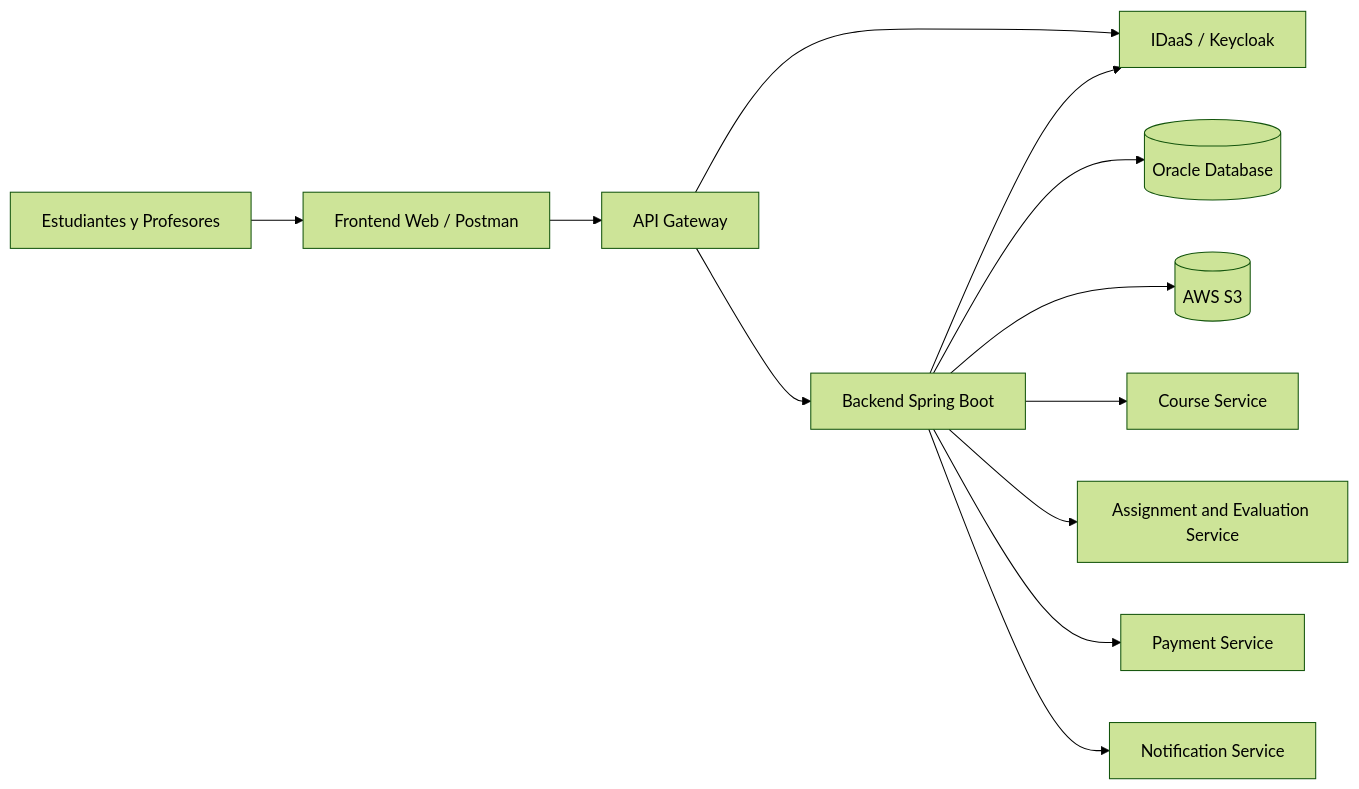
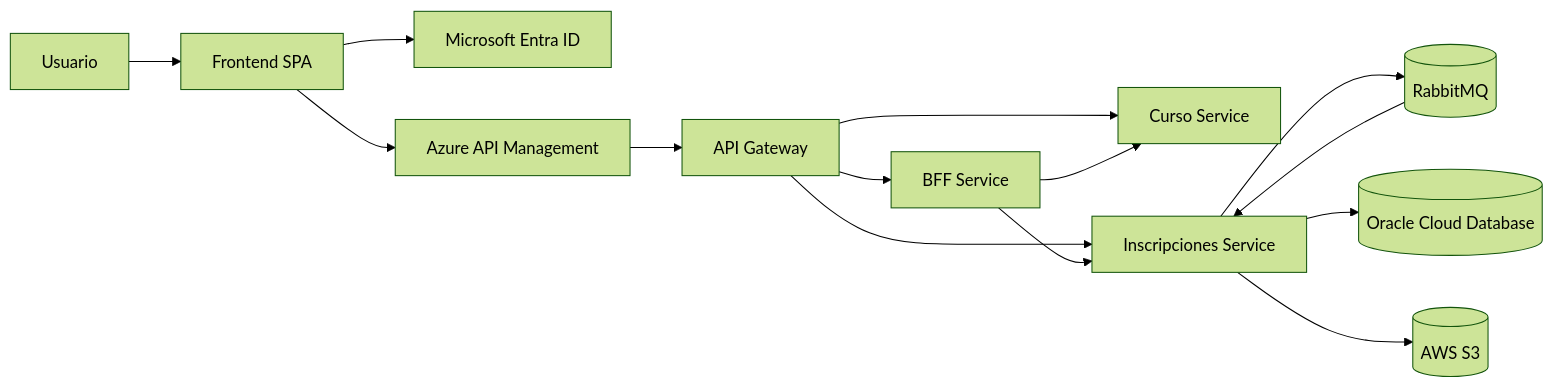
Before and after one commit to Marcelo-Rios21/nueva_plataforma: the diagram in docs/arquitectura_micro.md, drawn with Mermaid (forest theme). The commit also changed other lines of this file and 4 other files, not shown here.

````diff
--- a/docs/arquitectura_micro.md
+++ b/docs/arquitectura_micro.md
@@ -49,18 +57,19 @@
 ```mermaid
 flowchart LR
-    Usuario[Estudiantes y Profesores] --> Frontend[Frontend Web / Postman]
+    Usuario[Usuario] --> Frontend[Frontend SPA]
+    Frontend --> Entra[Microsoft Entra ID]
+    Frontend --> APIM[Azure API Management]
 
-    Frontend --> Gateway[API Gateway]
+    APIM --> Gateway[API Gateway]
+    Gateway --> BFF[BFF Service]
+    Gateway --> Cursos[Curso Service]
+    Gateway --> Inscripciones[Inscripciones Service]
 
-    Gateway --> Keycloak[IDaaS / Keycloak]
-    Gateway --> Backend[Backend Spring Boot]
+    BFF --> Cursos
+    BFF --> Inscripciones
 
-    Backend --> Keycloak
-    Backend --> DB[(Oracle Database)]
-    Backend --> S3[(AWS S3)]
-
-    Backend --> Course[Course Service]
-    Backend --> Assignment[Assignment and Evaluation Service]
-    Backend --> Payment[Payment Service]
-    Backend --> Notification[Notification Service]
+    Inscripciones --> RabbitMQ[(RabbitMQ)]
+    RabbitMQ --> Inscripciones
+    Inscripciones --> Oracle[(Oracle Cloud Database)]
+    Inscripciones --> S3[(AWS S3)]
 ```
````
